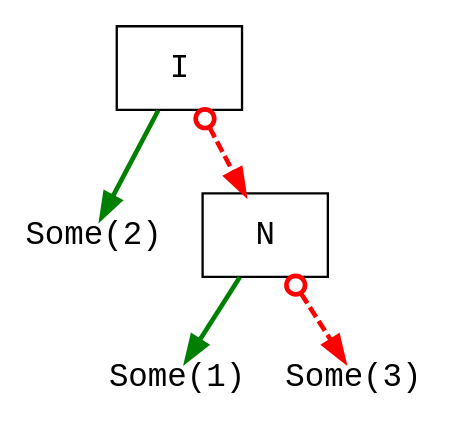
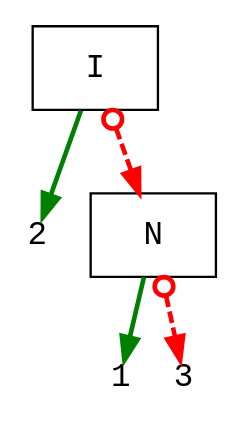
Before and after one commit to jimka2001/clojure-rte: the diagram in doc/reClojure.2025/reclojure.2025.slides.dot/ldd-9.dot, drawn with Graphviz. The commit also changed 13 other files, not shown here.

```diff
--- a/doc/reClojure.2025/reclojure.2025.slides.dot/ldd-9.dot
+++ b/doc/reClojure.2025/reclojure.2025.slides.dot/ldd-9.dot
@@ -1,28 +1,28 @@
 digraph G {
 node [ fontsize=14];
 bgcolor="#ffffff00" # RGBA (with alpha)
 
 I [shape=box,label="I",fontname="Courier"]
 
 I -> S2 [style=solid,color=green,penwidth=2]
 I -> In [style=dashed,color=red,penwidth=2,arrowhead=normal,arrowtail=odot,dir=both]
 
 In [shape=box,label="N",fontname="Courier"]
-S2 [shape=plain,label="Some(2)",fontname="Courier"]
+S2 [shape=plain,label="2",fontname="Courier"]
 
 {rank=same S2 In }
 
 
 
 
 In -> S1 [style=solid,color=green,penwidth=2]
 In -> S3 [style=dashed,color=red,penwidth=2,arrowhead=normal,arrowtail=odot,dir=both]
 
 
 
-S3 [shape=plain,label="Some(3)",fontname="Courier"]
-S1 [shape=plain,label="Some(1)",fontname="Courier"]
+S3 [shape=plain,label="3",fontname="Courier"]
+S1 [shape=plain,label="1",fontname="Courier"]
 
 {rank=same S3 S1}
 
 }
```
